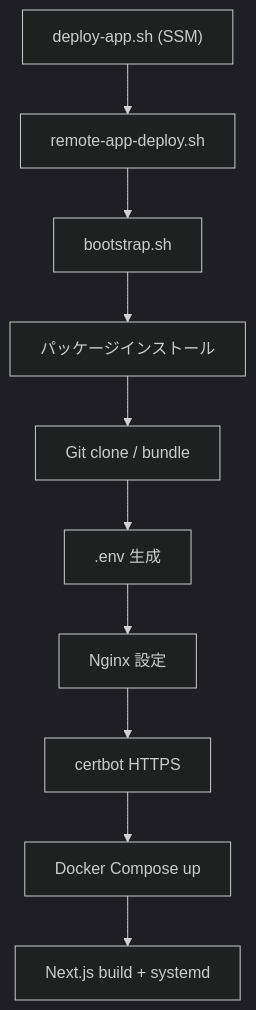
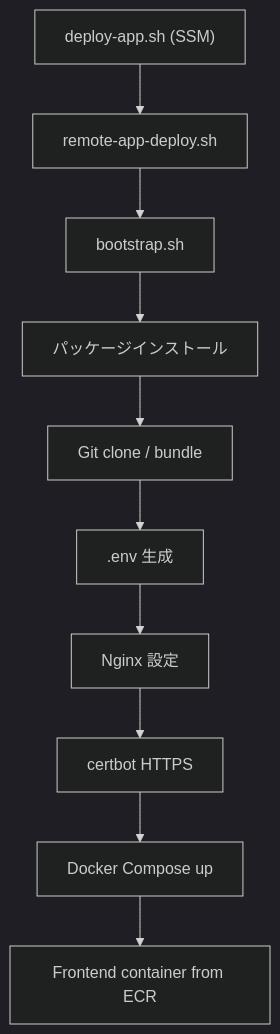
Before and after one commit to DRS22DownForce/SmartHouseholdAccountBook: the first of 3 diagrams in docs/infrastructure/AWS/04-ec2-bootstrap.md, drawn with Mermaid (dark theme). The commit also changed other lines of this file and 38 other files, not shown here.

````diff
--- a/docs/infrastructure/AWS/04-ec2-bootstrap.md
+++ b/docs/infrastructure/AWS/04-ec2-bootstrap.md
@@ -25,15 +25,15 @@
 ```mermaid
 flowchart TB
     DA["deploy-app.sh (SSM)"]
     RAD["remote-app-deploy.sh"]
     BS["bootstrap.sh"]
     PK["パッケージインストール"]
     GIT["Git clone / bundle"]
     ENV[".env 生成"]
     NGX["Nginx 設定"]
     TLS["certbot HTTPS"]
     DC["Docker Compose up"]
-    FE["Next.js build + systemd"]
+    FE["Frontend container from ECR"]
 
     DA --> RAD --> BS --> PK --> GIT --> ENV --> NGX --> TLS --> DC --> FE
 ```
````
